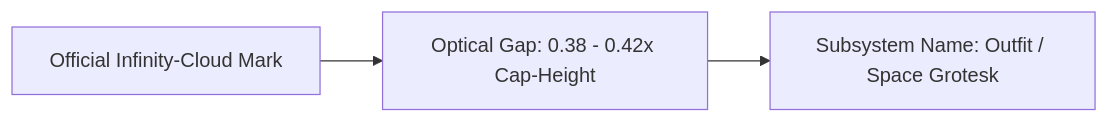
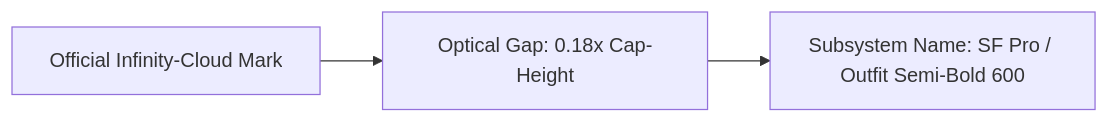
Before and after one commit to Ojas-sta/cl0ud-brand-engineering: the diagram in brand/guidelines/subsystem-lockup-specifications.md, drawn with Mermaid. The commit also changed other lines of this file, not shown here.

Commit message:
docs(guidelines): update lockup specifications to reflect empirical Apple kerning and SF Pro typography

````diff
--- a/brand/guidelines/subsystem-lockup-specifications.md
+++ b/brand/guidelines/subsystem-lockup-specifications.md
@@ -19,5 +19,5 @@
 ```mermaid
 graph LR
-    Symbol[Official Infinity-Cloud Mark] --> Gap[Optical Gap: 0.38 - 0.42x Cap-Height]
-    Gap --> Word[Subsystem Name: Outfit / Space Grotesk]
+    Symbol[Official Infinity-Cloud Mark] --> Gap[Optical Gap: 0.18x Cap-Height]
+    Gap --> Word[Subsystem Name: SF Pro / Outfit Semi-Bold 600]
 ```
````
